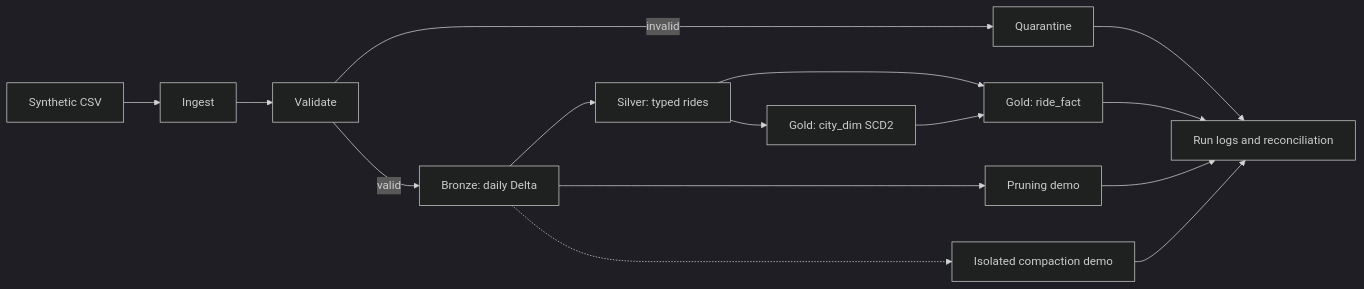
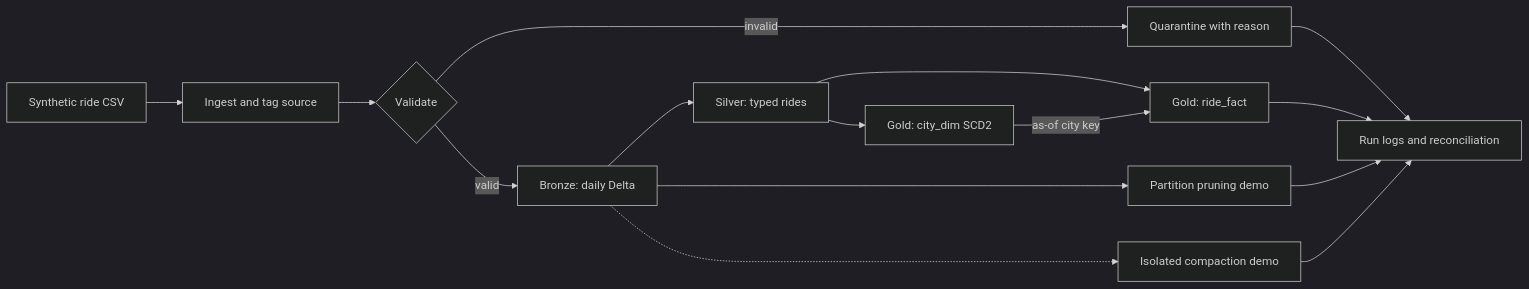
The first of 2 diagrams in README.md (ruchika123yadav/ride-events-partitioned-datalake), drawn with Mermaid (dark theme) before and after one commit. The commit also changed other lines of this file, not shown here.

````diff
--- a/README.md
+++ b/README.md
@@ -16,17 +15,9 @@
 ```mermaid
 flowchart LR
-    A[Synthetic CSV] --> B[Ingest]
-    B --> C[Validate]
-    C -->|invalid| Q[Quarantine]
-    C -->|valid| D[Bronze: daily Delta]
-    D --> E[Silver: typed rides]
-    E --> F[Gold: ride_fact]
-    E --> G[Gold: city_dim SCD2]
-    G --> F
-    D --> P[Pruning demo]
-    D -.-> O[Isolated compaction demo]
-    F --> R[Run logs and reconciliation]
-    Q --> R
-    P --> R
-    O --> R
+    A[Synthetic ride CSV] --> B[Ingest and tag source]; B --> C{Validate}
+    C -->|invalid| Q[Quarantine with reason]; C -->|valid| D[Bronze: daily Delta]
+    D --> E[Silver: typed rides]; E --> F[Gold: ride_fact]
+    E --> G[Gold: city_dim SCD2]; G -->|as-of city key| F
+    D --> P[Partition pruning demo]; D -.-> O[Isolated compaction demo]
+    F --> R[Run logs and reconciliation]; Q --> R; P --> R; O --> R
 ```
````
